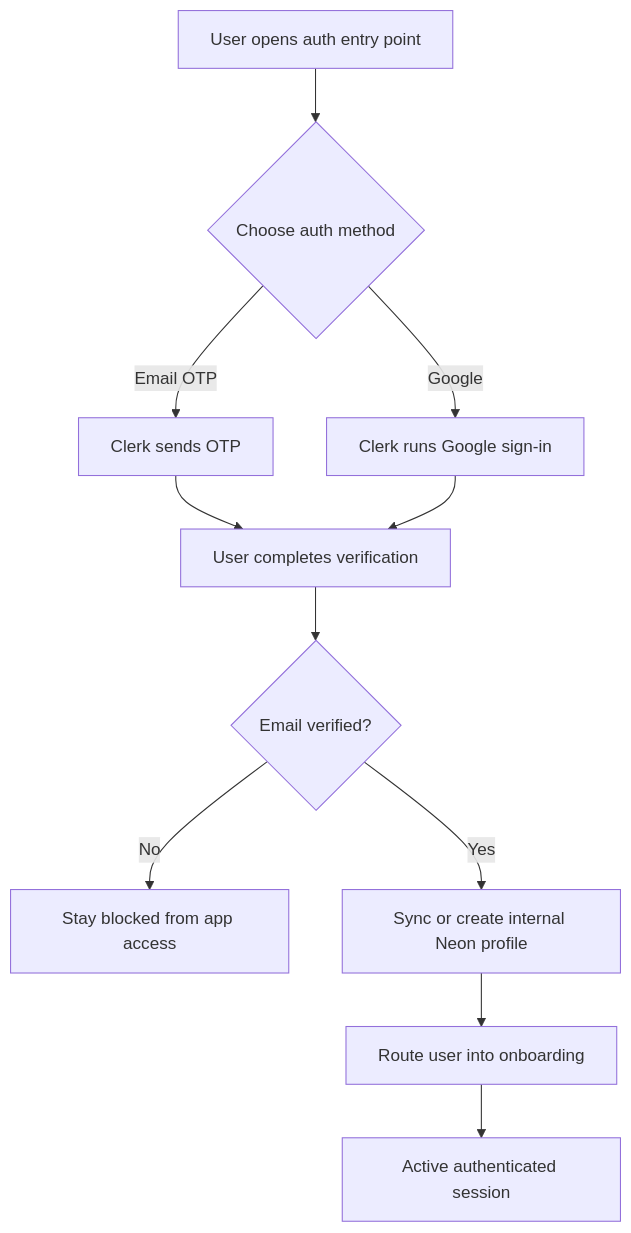
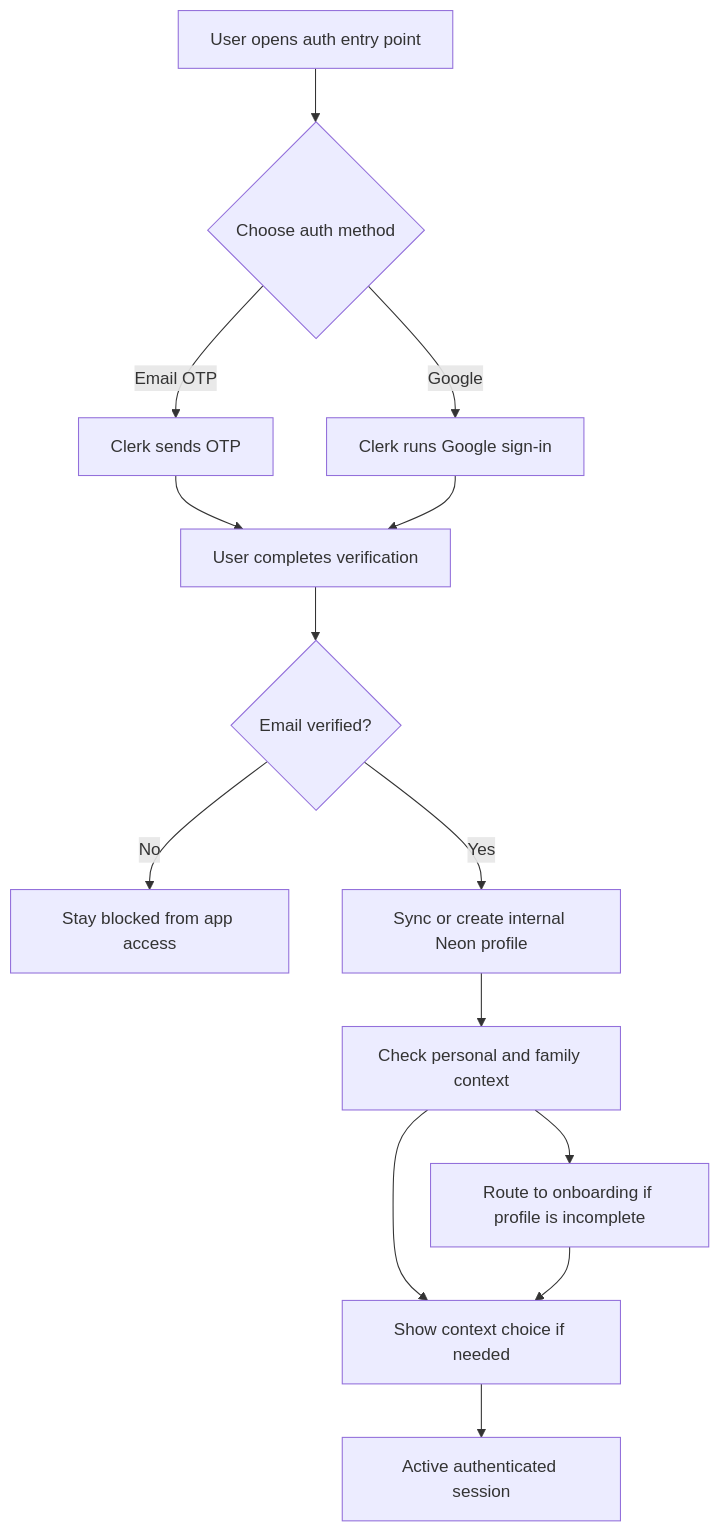
Before and after one commit to adambahtiarf/tuttofy-docs: the first of 2 diagrams in docs/en/authentication.md, drawn with Mermaid. The commit also changed other lines of this file and 7 other files, not shown here.

````diff
--- a/docs/en/authentication.md
+++ b/docs/en/authentication.md
@@ -31,13 +34,16 @@
 ```mermaid
 flowchart TD
   start[User opens auth entry point] --> method{Choose auth method}
   method -->|Email OTP| otp[Clerk sends OTP]
   method -->|Google| google[Clerk runs Google sign-in]
   otp --> verify[User completes verification]
   google --> verify
   verify --> access{Email verified?}
   access -->|No| denied[Stay blocked from app access]
   access -->|Yes| sync[Sync or create internal Neon profile]
-  sync --> onboarding[Route user into onboarding]
-  onboarding --> session[Active authenticated session]
+  sync --> membership[Check personal and family context]
+  membership --> onboarding[Route to onboarding if profile is incomplete]
+  membership --> chooser[Show context choice if needed]
+  onboarding --> chooser
+  chooser --> session[Active authenticated session]
 ```
````
